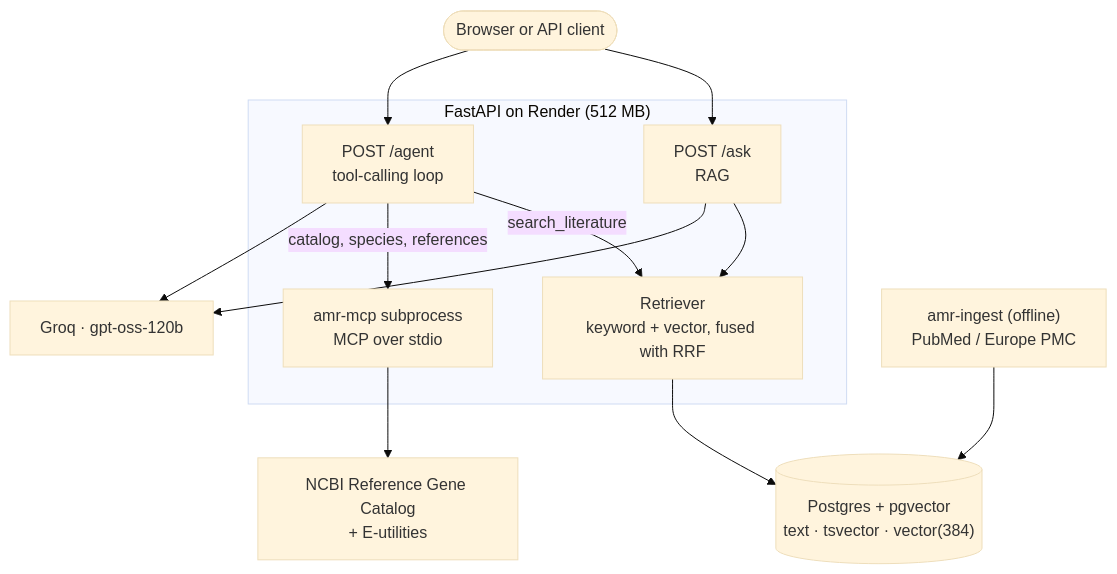
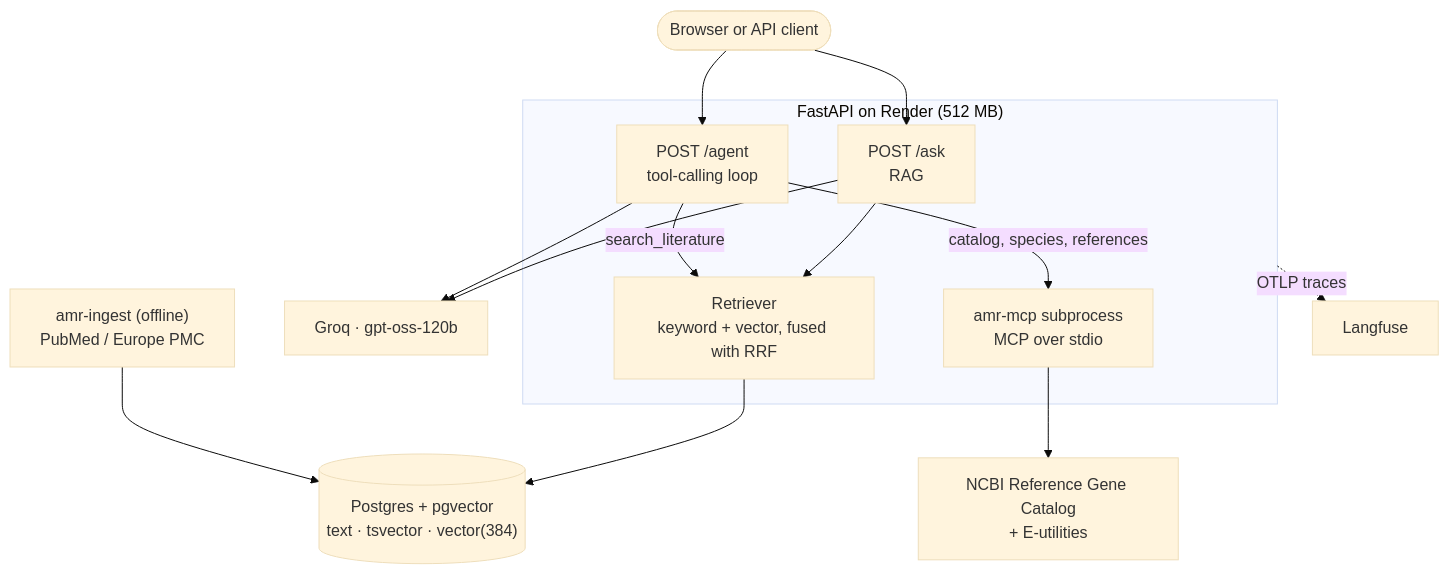
The diagram in README.md (pabloestepaa/amr-research-agent), drawn with Mermaid (base theme) before and after one commit. The commit also changed other lines of this file and 2 other files, not shown here.

````diff
--- a/README.md
+++ b/README.md
@@ -75,20 +75,21 @@
 ```mermaid
 flowchart TB
     U(["Browser or API client"]) --> ASK & AG
 
     subgraph api["FastAPI on Render (512 MB)"]
         ASK["POST /ask<br/>RAG"]
         AG["POST /agent<br/>tool-calling loop"]
         R["Retriever<br/>keyword + vector, fused with RRF"]
         MCP["amr-mcp subprocess<br/>MCP over stdio"]
         ASK --> R
         AG -- search_literature --> R
         AG -- "catalog, species, references" --> MCP
     end
 
     ASK --> LLM["Groq · gpt-oss-120b"]
     AG --> LLM
     R --> DB[("Postgres + pgvector<br/>text · tsvector · vector(384)")]
     MCP --> NCBI["NCBI Reference Gene Catalog<br/>+ E-utilities"]
     ING["amr-ingest (offline)<br/>PubMed / Europe PMC"] --> DB
+    api -. "OTLP traces" .-> LF["Langfuse"]
 ```
````
